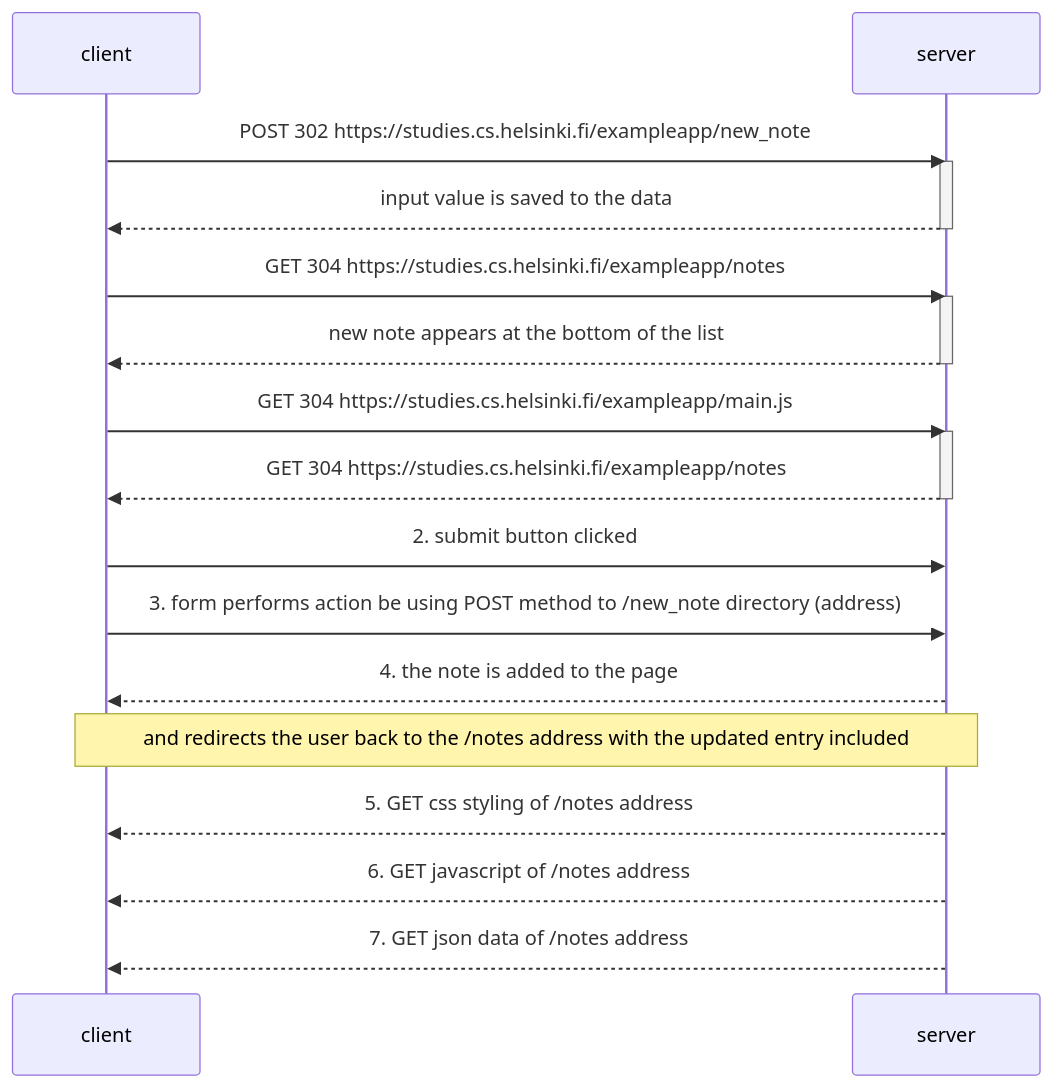
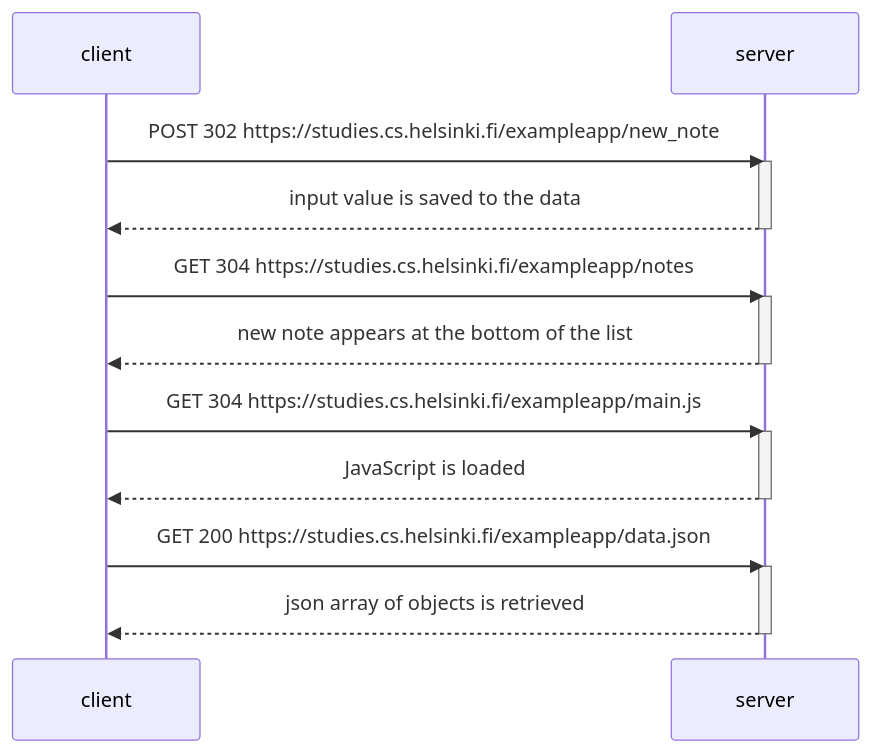
Before and after one commit to theDapperFoxtrot/fullstackopen-part0-exercises: the diagram in README.md, drawn with Mermaid.

````diff
--- a/README.md
+++ b/README.md
@@ -8,31 +8,28 @@
 ```mermaid
 sequenceDiagram
     participant client
     participant server
     
     
     client->>server: POST 302 https://studies.cs.helsinki.fi/exampleapp/new_note
     activate server
     server-->>client: input value is saved to the data
     deactivate server
     
     
     client->>server: GET 304 https://studies.cs.helsinki.fi/exampleapp/notes
     activate server
     server-->>client: new note appears at the bottom of the list
     deactivate server
     
     
     client->>server: GET 304 https://studies.cs.helsinki.fi/exampleapp/main.js
     activate server
-    server-->>client: GET 304 https://studies.cs.helsinki.fi/exampleapp/notes
+    server-->>client: JavaScript is loaded
     deactivate server
     
-    client->>server: 2. submit button clicked 
-    client->>server: 3. form performs action be using POST method to /new_note directory (address)
-    server-->>client: 4. the note is added to the page
-    Note over server, client: and redirects the user back to the /notes address with the updated entry included
-    server-->>client: 5. GET css styling of /notes address
-    server-->>client: 6. GET javascript of /notes address
-    server-->>client: 7. GET json data of /notes address
+    client->>server: GET 200 https://studies.cs.helsinki.fi/exampleapp/data.json
+    activate server
+    server-->>client: json array of objects is retrieved
+    deactivate server
 ```
````
